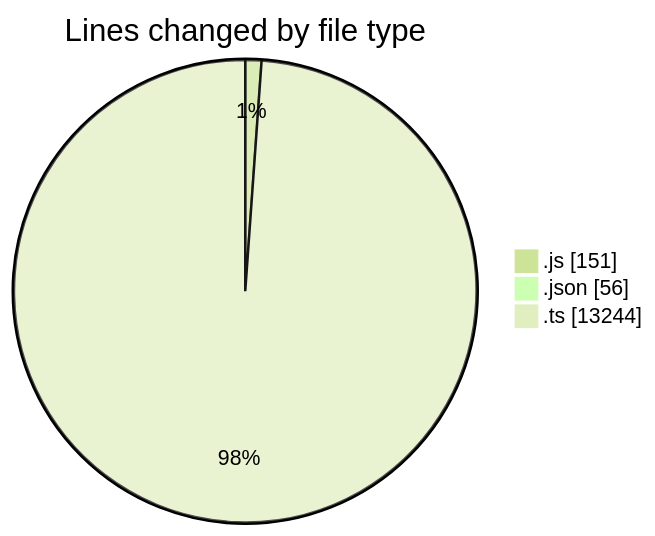
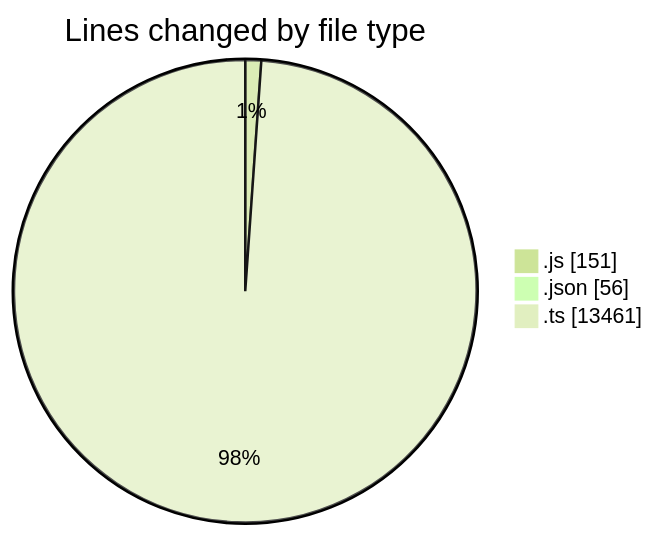
The first of 2 diagrams in 2025-09-04/cda/README.md (momahboobian/code-tracking), drawn with Mermaid (forest theme) before and after one commit. The commit also changed other lines of this file and 1 other file, not shown here.

````diff
--- a/2025-09-04/cda/README.md
+++ b/2025-09-04/cda/README.md
@@ -30,7 +31,7 @@
 ```mermaid
 pie showData
 title Lines changed by file type
 ".js" : 151
 ".json" : 56
-".ts" : 13244
+".ts" : 13461
 ```
````
